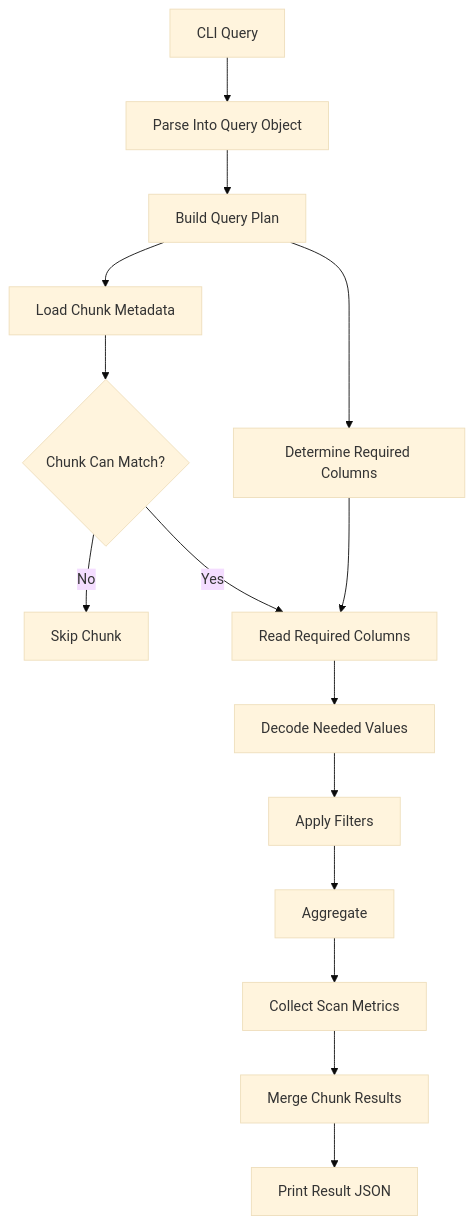
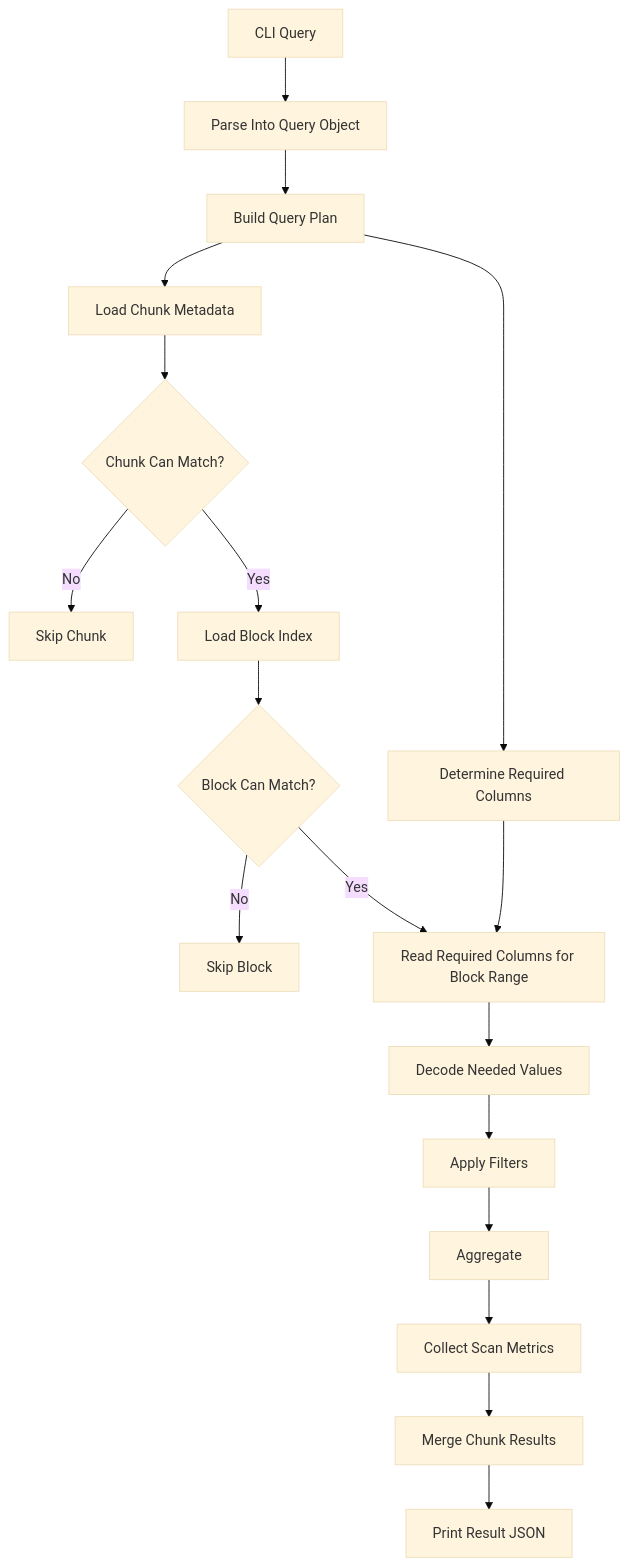
Before and after one commit to pitaleabhishek/tickdb: the second of 2 diagrams in docs/architecture.md, drawn with Mermaid (base theme). The commit also changed other lines of this file and 14 other files, not shown here.

Commit message:
Add intra-chunk block index for finer-grained pruning

````diff
--- a/docs/architecture.md
+++ b/docs/architecture.md
@@ -114,17 +119,20 @@
 ```mermaid
 flowchart TD
     A[CLI Query] --> B[Parse Into Query Object]
     B --> C[Build Query Plan]
     C --> D[Determine Required Columns]
     C --> E[Load Chunk Metadata]
     E --> F{Chunk Can Match?}
     F -- No --> G[Skip Chunk]
-    F -- Yes --> H[Read Required Columns]
-    D --> H
-    H --> I[Decode Needed Values]
-    I --> J[Apply Filters]
-    J --> K[Aggregate]
-    K --> L[Collect Scan Metrics]
-    L --> M[Merge Chunk Results]
-    M --> N[Print Result JSON]
+    F -- Yes --> H[Load Block Index]
+    H --> I{Block Can Match?}
+    I -- No --> J[Skip Block]
+    I -- Yes --> K[Read Required Columns for Block Range]
+    D --> K
+    K --> L[Decode Needed Values]
+    L --> M[Apply Filters]
+    M --> N[Aggregate]
+    N --> O[Collect Scan Metrics]
+    O --> P[Merge Chunk Results]
+    P --> Q[Print Result JSON]
 ```
````
